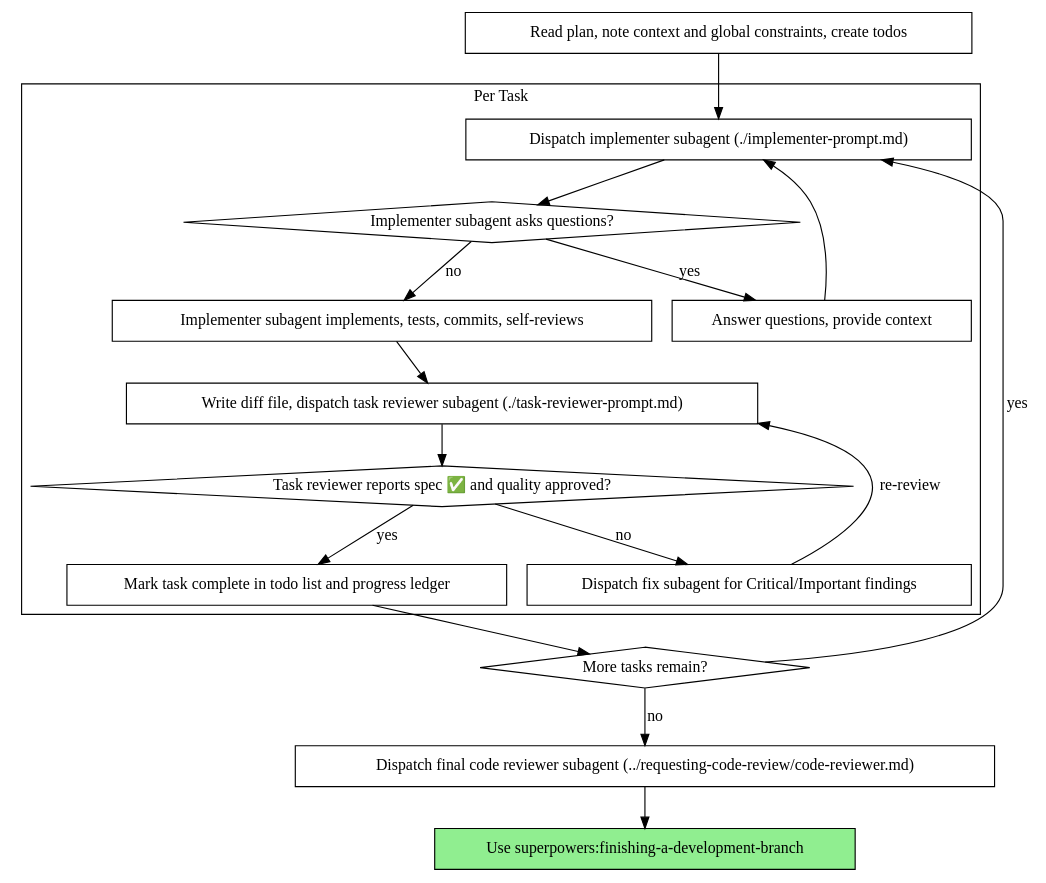
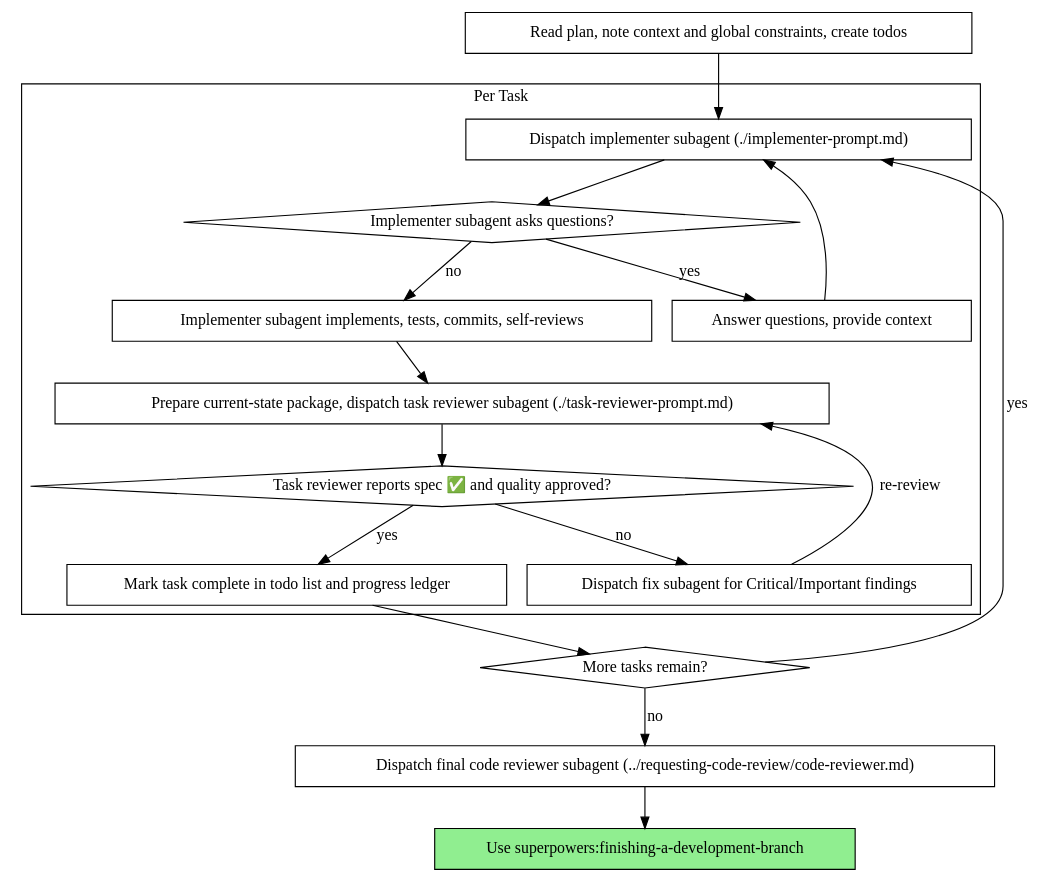
Before and after one commit to Ralph-Workflow/Ralph-Workflow: the second of 2 diagrams in ralph-workflow/ralph/skills/content/subagent-driven-development.md, drawn with Graphviz. The commit also changed other lines of this file and 10 other files, not shown here.

First line of the commit message:
refactor(review): drop diff input and review current file state

````diff
--- a/ralph-workflow/ralph/skills/content/subagent-driven-development.md
+++ b/ralph-workflow/ralph/skills/content/subagent-driven-development.md
@@ -47,37 +47,37 @@
 ```dot
 digraph process {
     rankdir=TB;
 
     subgraph cluster_per_task {
         label="Per Task";
         "Dispatch implementer subagent (./implementer-prompt.md)" [shape=box];
         "Implementer subagent asks questions?" [shape=diamond];
         "Answer questions, provide context" [shape=box];
         "Implementer subagent implements, tests, commits, self-reviews" [shape=box];
-        "Write diff file, dispatch task reviewer subagent (./task-reviewer-prompt.md)" [shape=box];
+        "Prepare current-state package, dispatch task reviewer subagent (./task-reviewer-prompt.md)" [shape=box];
         "Task reviewer reports spec ✅ and quality approved?" [shape=diamond];
         "Dispatch fix subagent for Critical/Important findings" [shape=box];
         "Mark task complete in todo list and progress ledger" [shape=box];
     }
 
     "Read plan, note context and global constraints, create todos" [shape=box];
     "More tasks remain?" [shape=diamond];
     "Dispatch final code reviewer subagent (../requesting-code-review/code-reviewer.md)" [shape=box];
     "Use superpowers:finishing-a-development-branch" [shape=box style=filled fillcolor=lightgreen];
 
     "Read plan, note context and global constraints, create todos" -> "Dispatch implementer subagent (./implementer-prompt.md)";
     "Dispatch implementer subagent (./implementer-prompt.md)" -> "Implementer subagent asks questions?";
     "Implementer subagent asks questions?" -> "Answer questions, provide context" [label="yes"];
     "Answer questions, provide context" -> "Dispatch implementer subagent (./implementer-prompt.md)";
     "Implementer subagent asks questions?" -> "Implementer subagent implements, tests, commits, self-reviews" [label="no"];
-    "Implementer subagent implements, tests, commits, self-reviews" -> "Write diff file, dispatch task reviewer subagent (./task-reviewer-prompt.md)";
-    "Write diff file, dispatch task reviewer subagent (./task-reviewer-prompt.md)" -> "Task reviewer reports spec ✅ and quality approved?";
+    "Implementer subagent implements, tests, commits, self-reviews" -> "Prepare current-state package, dispatch task reviewer subagent (./task-reviewer-prompt.md)";
+    "Prepare current-state package, dispatch task reviewer subagent (./task-reviewer-prompt.md)" -> "Task reviewer reports spec ✅ and quality approved?";
     "Task reviewer reports spec ✅ and quality approved?" -> "Dispatch fix subagent for Critical/Important findings" [label="no"];
-    "Dispatch fix subagent for Critical/Important findings" -> "Write diff file, dispatch task reviewer subagent (./task-reviewer-prompt.md)" [label="re-review"];
+    "Dispatch fix subagent for Critical/Important findings" -> "Prepare current-state package, dispatch task reviewer subagent (./task-reviewer-prompt.md)" [label="re-review"];
     "Task reviewer reports spec ✅ and quality approved?" -> "Mark task complete in todo list and progress ledger" [label="yes"];
     "Mark task complete in todo list and progress ledger" -> "More tasks remain?";
     "More tasks remain?" -> "Dispatch implementer subagent (./implementer-prompt.md)" [label="yes"];
     "More tasks remain?" -> "Dispatch final code reviewer subagent (../requesting-code-review/code-reviewer.md)" [label="no"];
     "Dispatch final code reviewer subagent (../requesting-code-review/code-reviewer.md)" -> "Use superpowers:finishing-a-development-branch";
 }
 ```
````
